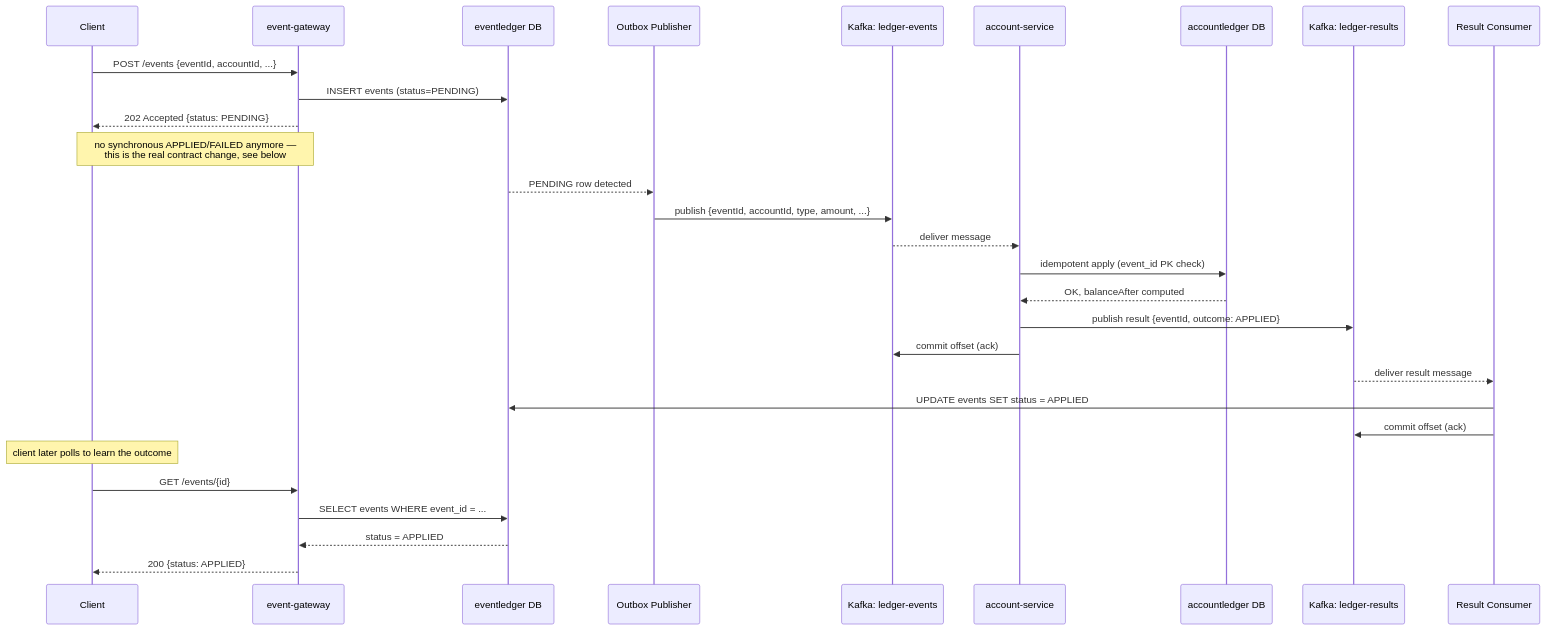
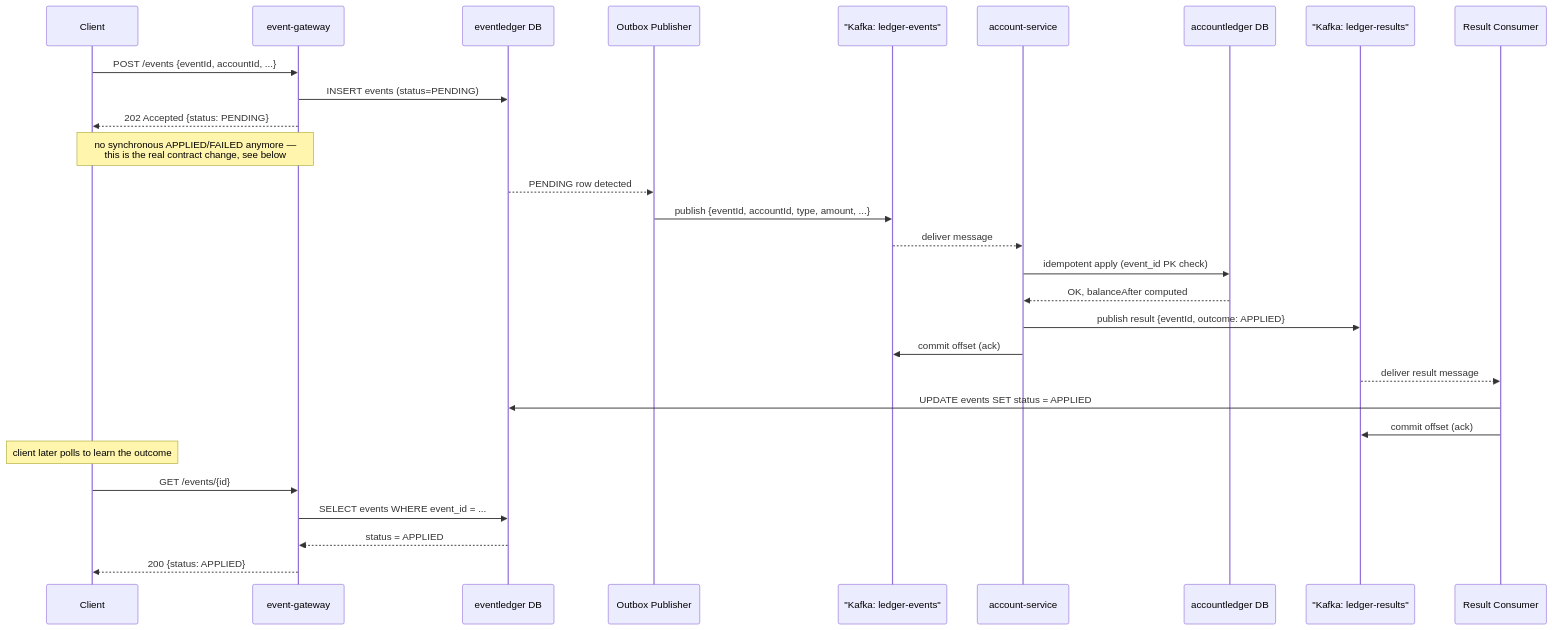
Before and after one commit to sattuanand/event-gateway: diagram 15 of 15 in WIKI.md, drawn with Mermaid. The commit also changed 1 other file, not shown here.

Commit message:
Fixing the md file

````diff
--- a/WIKI.md
+++ b/WIKI.md
@@ -580,36 +580,36 @@
 ```mermaid
 sequenceDiagram
     participant C as Client
     participant GW as event-gateway
     participant GWDB as eventledger DB
     participant PUB as Outbox Publisher
-    participant K1 as Kafka: ledger-events
+    participant K1 as "Kafka: ledger-events"
     participant AS as account-service
     participant ASDB as accountledger DB
-    participant K2 as Kafka: ledger-results
+    participant K2 as "Kafka: ledger-results"
     participant SUB as Result Consumer
 
     C->>GW: POST /events {eventId, accountId, ...}
     GW->>GWDB: INSERT events (status=PENDING)
     GW-->>C: 202 Accepted {status: PENDING}
     Note over C,GW: no synchronous APPLIED/FAILED anymore —<br/>this is the real contract change, see below
 
     GWDB-->>PUB: PENDING row detected
     PUB->>K1: publish {eventId, accountId, type, amount, ...}
 
     K1-->>AS: deliver message
     AS->>ASDB: idempotent apply (event_id PK check)
     ASDB-->>AS: OK, balanceAfter computed
     AS->>K2: publish result {eventId, outcome: APPLIED}
     AS->>K1: commit offset (ack)
 
     K2-->>SUB: deliver result message
     SUB->>GWDB: UPDATE events SET status = APPLIED
     SUB->>K2: commit offset (ack)
 
     Note over C: client later polls to learn the outcome
     C->>GW: GET /events/{id}
     GW->>GWDB: SELECT events WHERE event_id = ...
     GWDB-->>GW: status = APPLIED
     GW-->>C: 200 {status: APPLIED}
 ```
````
